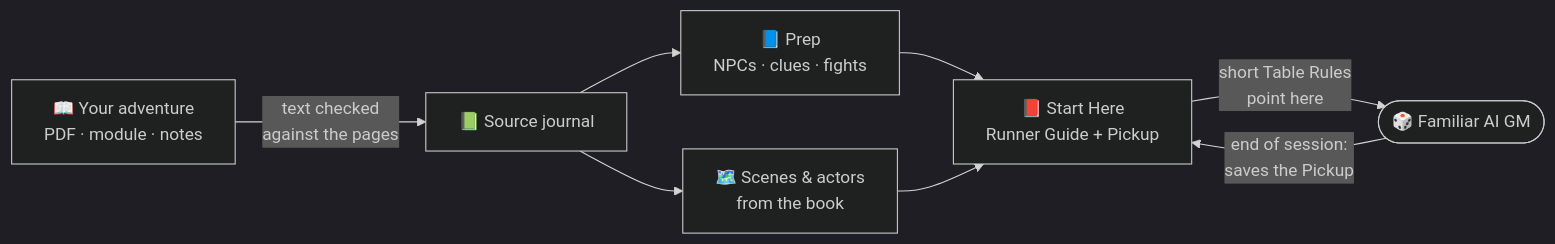
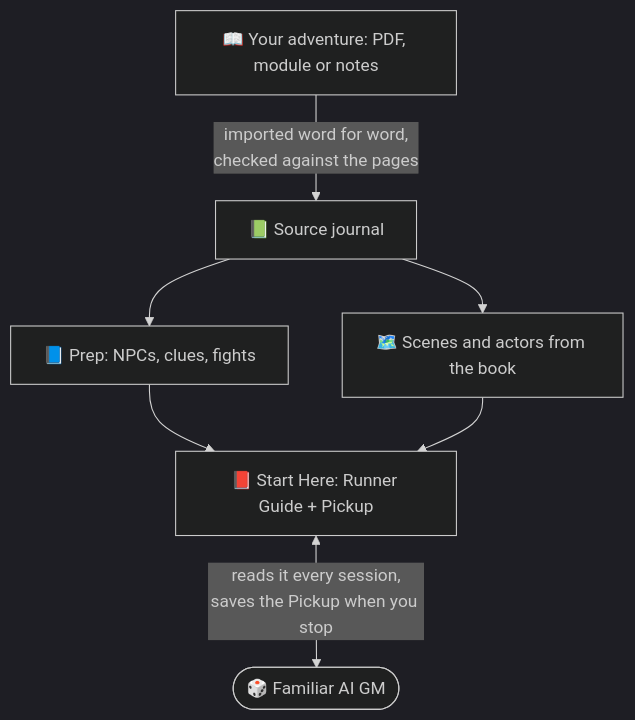
The diagram in README.md (cha1latte/familiar-campaign-prep), drawn with Mermaid (dark theme) before and after one commit. The commit also changed other lines of this file and 1 other file, not shown here.

Commit message:
README: readable flowchart, table header, spoiler-free screenshot

````diff
--- a/README.md
+++ b/README.md
@@ -33,10 +33,9 @@
 ```mermaid
-flowchart LR
-    A["📖 Your adventure<br/>PDF · module · notes"] -->|"text checked<br/>against the pages"| B["📗 Source journal"]
-    B --> C["📘 Prep<br/>NPCs · clues · fights"]
-    B --> D["🗺️ Scenes & actors<br/>from the book"]
-    C --> E["📕 Start Here<br/>Runner Guide + Pickup"]
+flowchart TD
+    A["📖 Your adventure: PDF, module or notes"] -->|"imported word for word,<br/>checked against the pages"| B["📗 Source journal"]
+    B --> C["📘 Prep: NPCs, clues, fights"]
+    B --> D["🗺️ Scenes and actors from the book"]
+    C --> E["📕 Start Here: Runner Guide + Pickup"]
     D --> E
-    E -->|"short Table Rules<br/>point here"| F(["🎲 Familiar AI GM"])
-    F -->|"end of session:<br/>saves the Pickup"| E
+    E <-->|"reads it every session,<br/>saves the Pickup when you stop"| F(["🎲 Familiar AI GM"])
 ```
````
